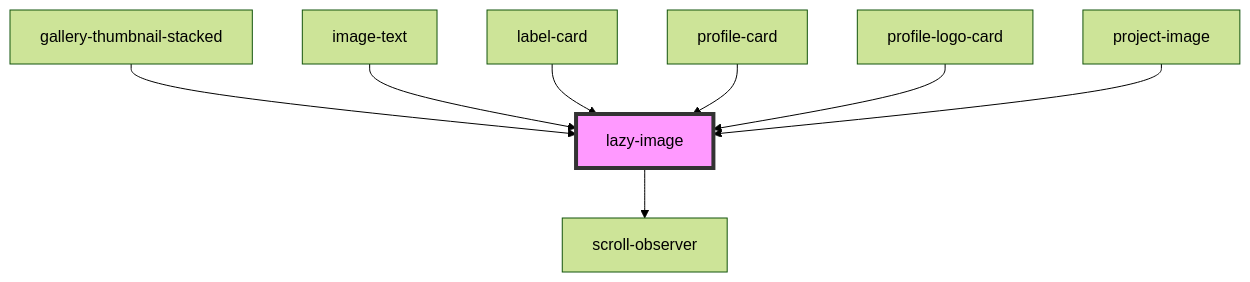
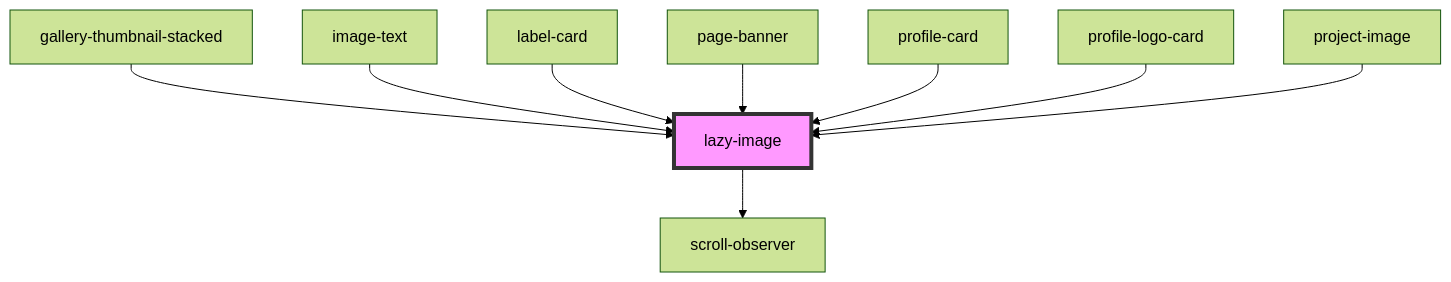
One commit to dev-kylo/component_library changed the diagram in src/components/images/lazy-image/readme.md. Above: the diagram before and after it, drawn with Mermaid (forest theme). The commit also changed other lines of this file and 16 other files, not shown here.

````diff
--- a/src/components/images/lazy-image/readme.md
+++ b/src/components/images/lazy-image/readme.md
@@ -39,11 +41,12 @@
 ```mermaid
 graph TD;
   lazy-image --> scroll-observer
   gallery-thumbnail-stacked --> lazy-image
   image-text --> lazy-image
   label-card --> lazy-image
+  page-banner --> lazy-image
   profile-card --> lazy-image
   profile-logo-card --> lazy-image
   project-image --> lazy-image
   style lazy-image fill:#f9f,stroke:#333,stroke-width:4px
 ```
````
